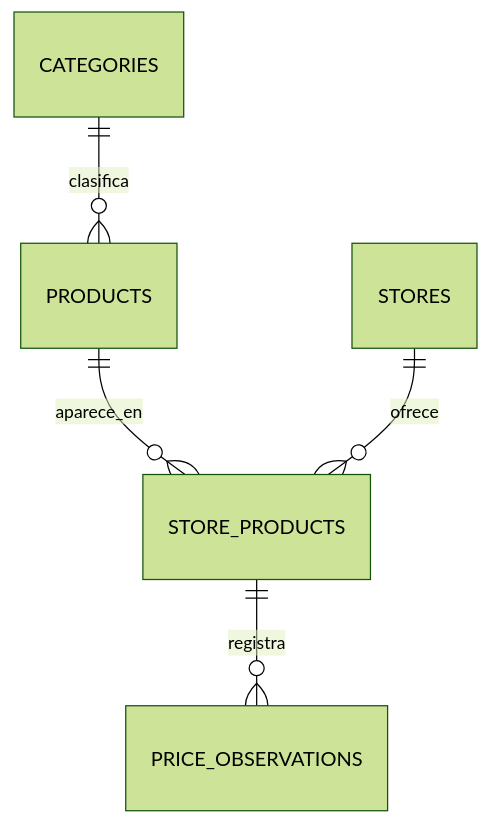
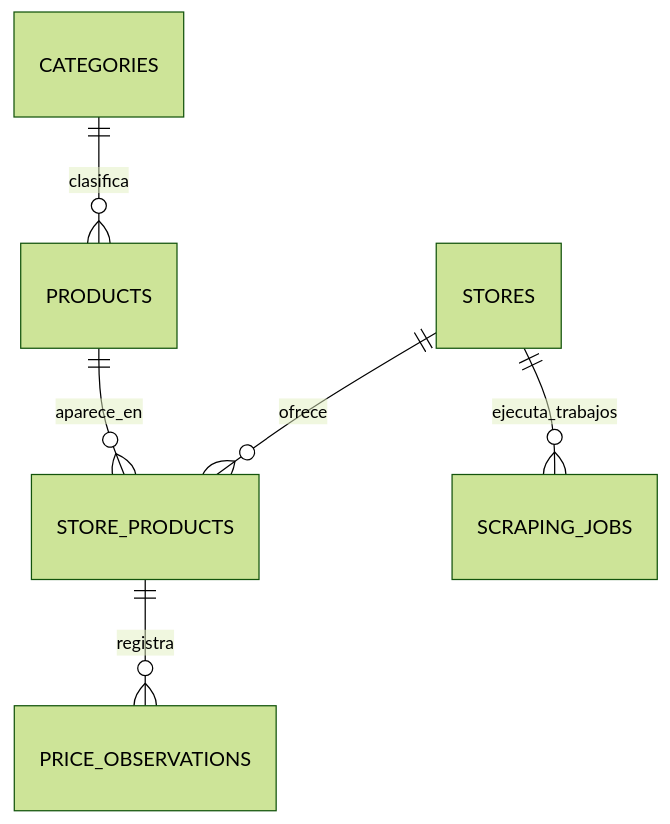
The diagram in docs/DATA_MODEL.md (RonaldoMarquina/price-tracker-platform), drawn with Mermaid (forest theme) before and after one commit. The commit also changed other lines of this file and 4 other files, not shown here.

Commit message:
docs: complete Increment 7 closure and security architecture

````diff
--- a/docs/DATA_MODEL.md
+++ b/docs/DATA_MODEL.md
@@ -68,7 +114,8 @@
 ```mermaid
 erDiagram
     CATEGORIES ||--o{ PRODUCTS : clasifica
     PRODUCTS ||--o{ STORE_PRODUCTS : aparece_en
     STORES ||--o{ STORE_PRODUCTS : ofrece
     STORE_PRODUCTS ||--o{ PRICE_OBSERVATIONS : registra
+    STORES ||--o{ SCRAPING_JOBS : ejecuta_trabajos
 ```
````
